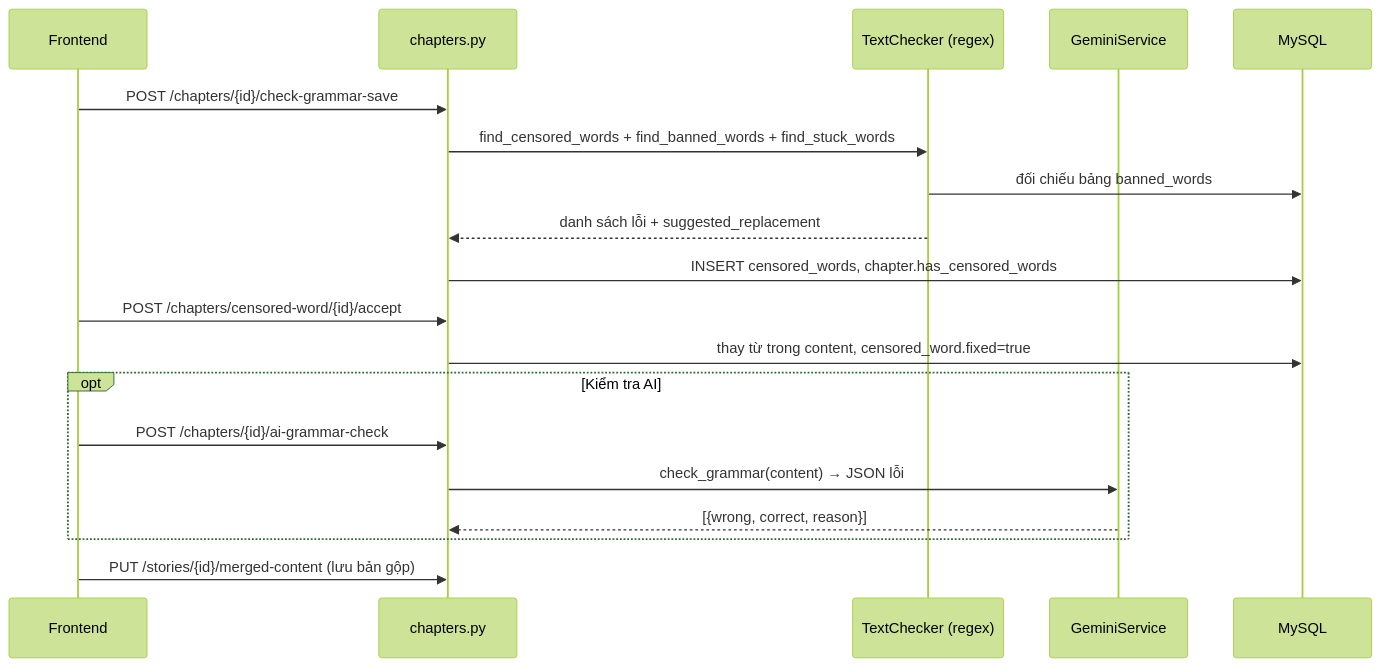
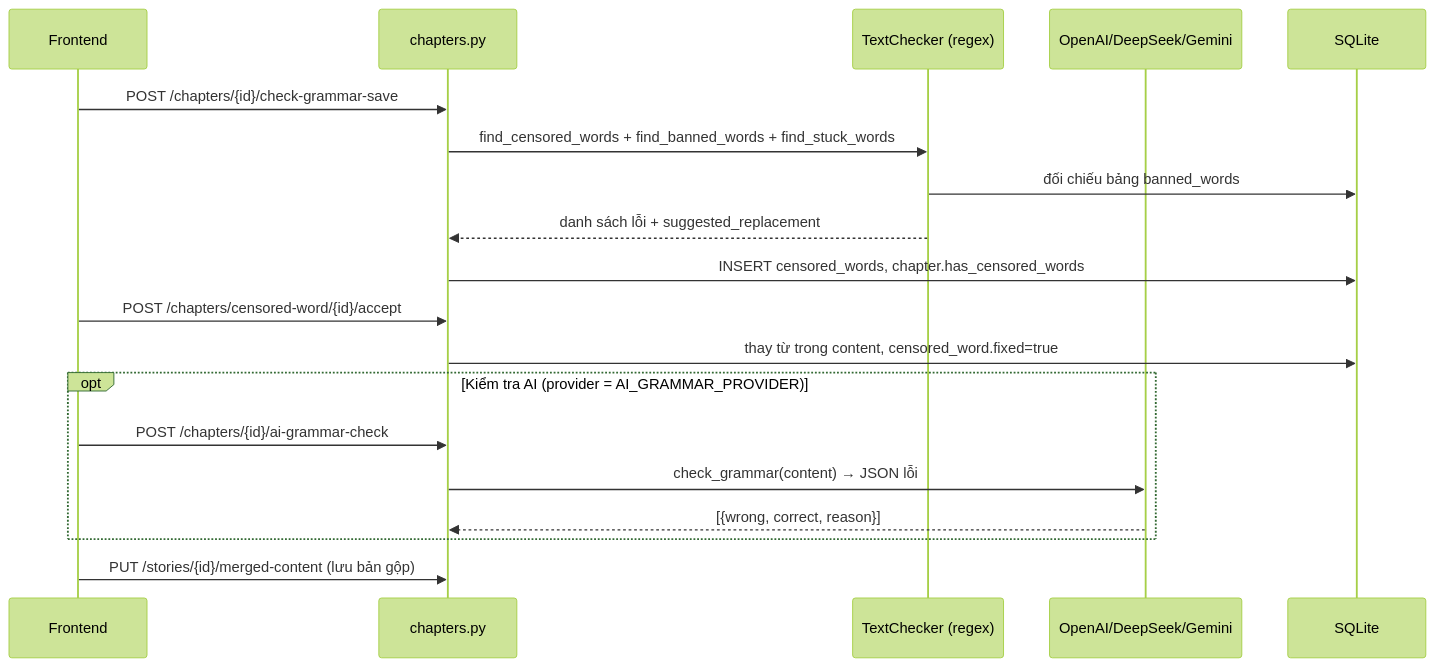
One commit to Duoclv-tech/App-audio-story changed the third of 8 diagrams in docs/PROJECT_DOCUMENTATION.md. Above: the diagram before and after it, drawn with Mermaid (forest theme). The commit also changed other lines of this file and 4 other files, not shown here.

````diff
--- a/docs/PROJECT_DOCUMENTATION.md
+++ b/docs/PROJECT_DOCUMENTATION.md
@@ -460,22 +525,22 @@
 ```mermaid
 sequenceDiagram
     participant FE as Frontend
     participant API as chapters.py
     participant TC as TextChecker (regex)
-    participant AI as GeminiService
-    participant DB as MySQL
+    participant AI as OpenAI/DeepSeek/Gemini
+    participant DB as SQLite
 
     FE->>API: POST /chapters/{id}/check-grammar-save
     API->>TC: find_censored_words + find_banned_words + find_stuck_words
     TC->>DB: đối chiếu bảng banned_words
     TC-->>API: danh sách lỗi + suggested_replacement
     API->>DB: INSERT censored_words, chapter.has_censored_words
     FE->>API: POST /chapters/censored-word/{id}/accept
     API->>DB: thay từ trong content, censored_word.fixed=true
-    opt Kiểm tra AI
+    opt Kiểm tra AI (provider = AI_GRAMMAR_PROVIDER)
         FE->>API: POST /chapters/{id}/ai-grammar-check
         API->>AI: check_grammar(content) → JSON lỗi
         AI-->>API: [{wrong, correct, reason}]
     end
     FE->>API: PUT /stories/{id}/merged-content (lưu bản gộp)
 ```
````
